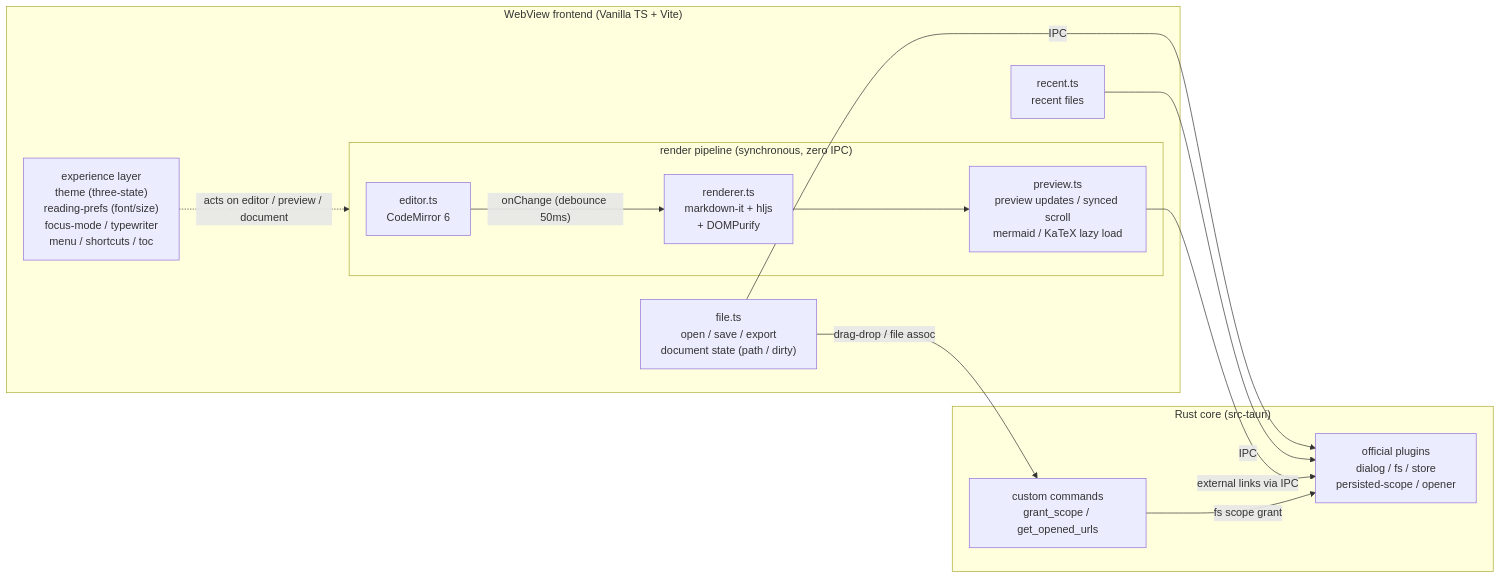
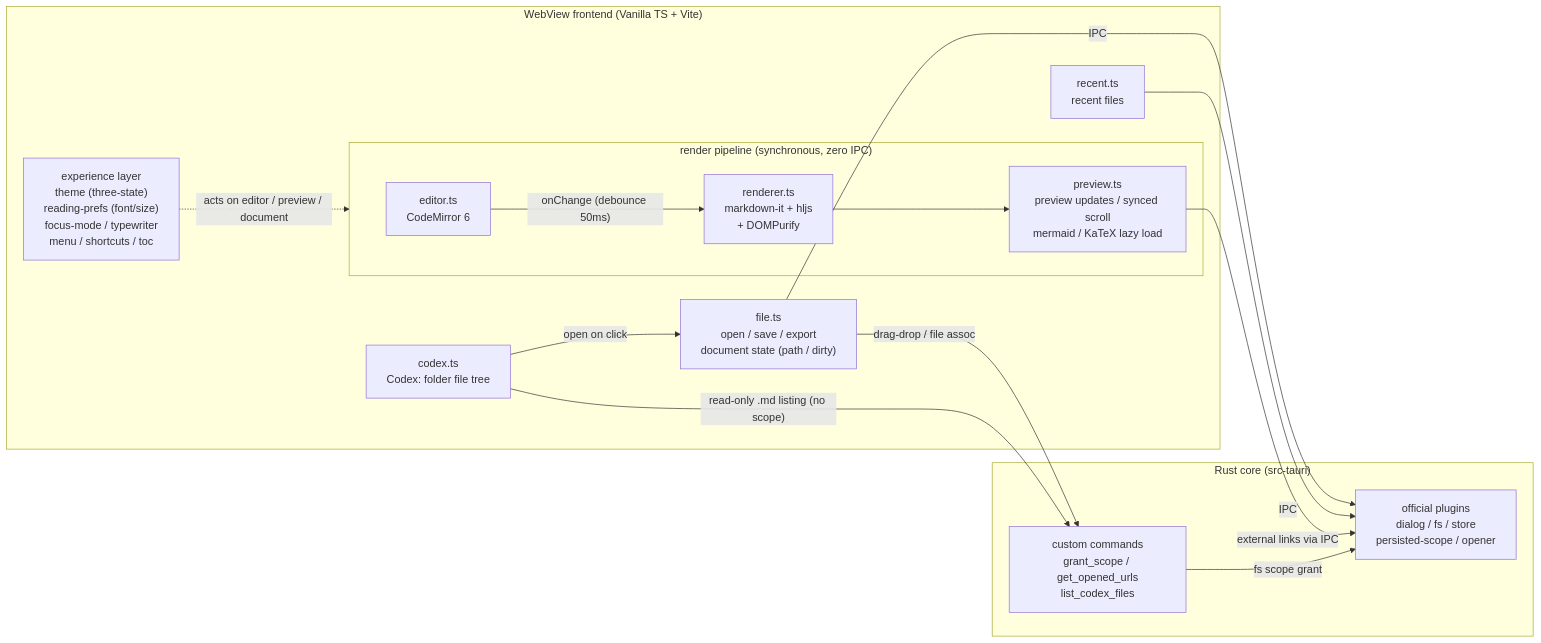
Before and after one commit to tznthou/plume: the diagram in README_EN.md, drawn with Mermaid. The commit also changed other lines of this file and 1 other file, not shown here.

First line of the commit message:
docs: document Codex (L1) in README

````diff
--- a/README_EN.md
+++ b/README_EN.md
@@ -65,24 +66,27 @@
 ```mermaid
 flowchart LR
     subgraph Frontend["WebView frontend (Vanilla TS + Vite)"]
         subgraph Pipeline["render pipeline (synchronous, zero IPC)"]
             Editor["editor.ts<br/>CodeMirror 6"]
             Renderer["renderer.ts<br/>markdown-it + hljs<br/>+ DOMPurify"]
             Preview["preview.ts<br/>preview updates / synced scroll<br/>mermaid / KaTeX lazy load"]
         end
         UX["experience layer<br/>theme (three-state)<br/>reading-prefs (font/size)<br/>focus-mode / typewriter<br/>menu / shortcuts / toc"]
         File["file.ts<br/>open / save / export<br/>document state (path / dirty)"]
         Recent["recent.ts<br/>recent files"]
+        Codex["codex.ts<br/>Codex: folder file tree"]
     end
     subgraph Rust["Rust core (src-tauri)"]
         Plugins["official plugins<br/>dialog / fs / store<br/>persisted-scope / opener"]
-        Commands["custom commands<br/>grant_scope / get_opened_urls"]
+        Commands["custom commands<br/>grant_scope / get_opened_urls<br/>list_codex_files"]
     end
     Editor -- "onChange (debounce 50ms)" --> Renderer --> Preview
     UX -. "acts on editor / preview / document" .-> Pipeline
     File -- IPC --> Plugins
     Recent -- IPC --> Plugins
     Preview -- "external links via IPC" --> Plugins
     File -- "drag-drop / file assoc" --> Commands
+    Codex -- "read-only .md listing (no scope)" --> Commands
+    Codex -- "open on click" --> File
     Commands -- "fs scope grant" --> Plugins
 ```
````
